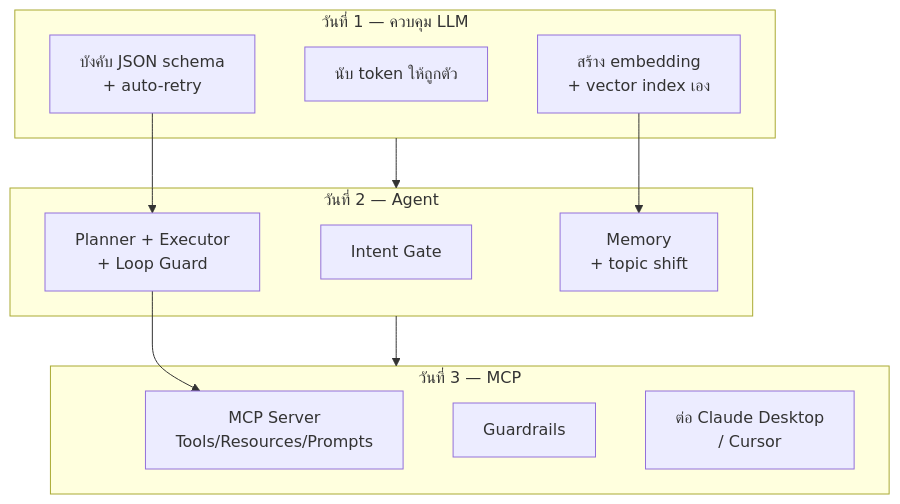
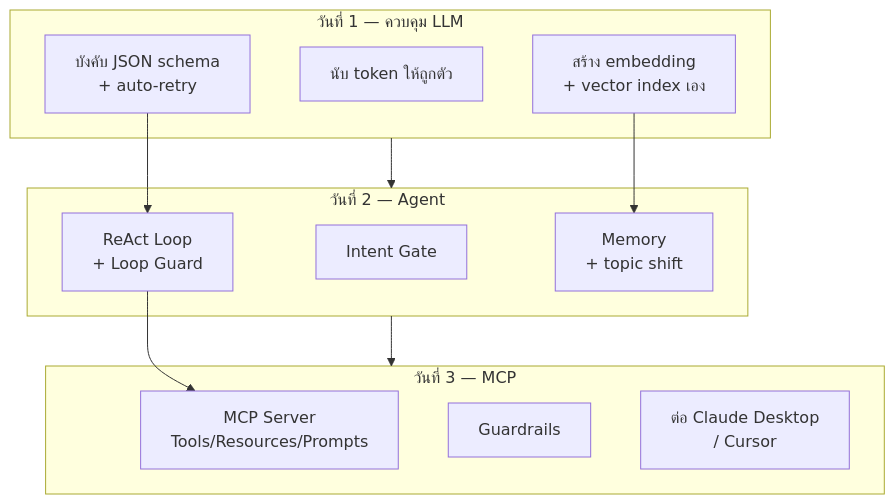
Before and after one commit to LLM-CE-KMITL/mcp-workshop: the first of 3 diagrams in INSTRUCTIONS/day0/01-architecture.md, drawn with Mermaid. The commit also changed other lines of this file and 38 other files, not shown here.

````diff
--- a/INSTRUCTIONS/day0/01-architecture.md
+++ b/INSTRUCTIONS/day0/01-architecture.md
@@ -10,22 +10,22 @@
 ```mermaid
 flowchart TB
     subgraph D1["วันที่ 1 — ควบคุม LLM"]
         A1["นับ token ให้ถูกตัว"]
         A2["สร้าง embedding<br/>+ vector index เอง"]
         A3["บังคับ JSON schema<br/>+ auto-retry"]
     end
     subgraph D2["วันที่ 2 — Agent"]
         B1["Intent Gate"]
-        B2["Planner + Executor<br/>+ Loop Guard"]
+        B2["ReAct Loop<br/>+ Loop Guard"]
         B3["Memory<br/>+ topic shift"]
     end
     subgraph D3["วันที่ 3 — MCP"]
         C1["MCP Server<br/>Tools/Resources/Prompts"]
         C2["Guardrails"]
         C3["ต่อ Claude Desktop<br/>/ Cursor"]
     end
     A2 --> B3
     A3 --> B2
     B2 --> C1
     D1 --> D2 --> D3
 ```
````
